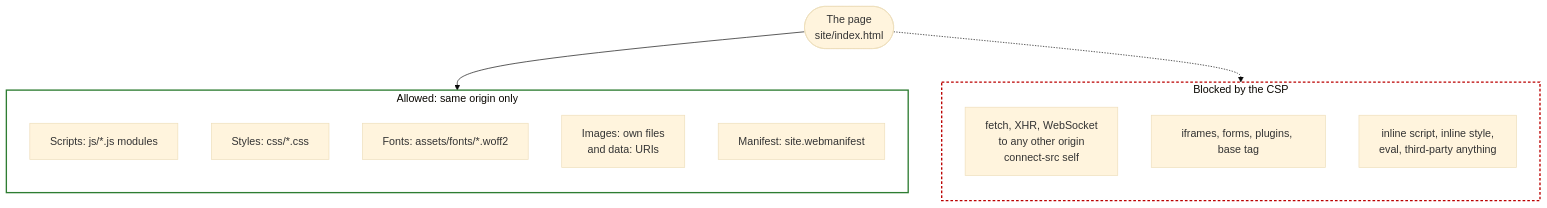
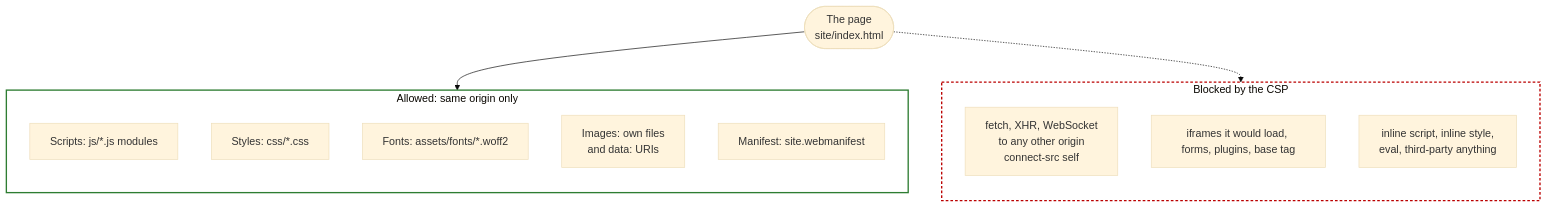
Before and after one commit to carterptull/ampline-website: the second of 2 diagrams in diagrams/deployment-security.md, drawn with Mermaid (base theme). The commit also changed other lines of this file and 7 other files, not shown here.

````diff
--- a/diagrams/deployment-security.md
+++ b/diagrams/deployment-security.md
@@ -47,26 +47,26 @@
 ```mermaid
 flowchart TB
     page(["The page<br/>site/index.html"])
 
     subgraph allowed["Allowed: same origin only"]
         direction TB
         scr["Scripts: js/*.js modules"]
         sty["Styles: css/*.css"]
         fnt["Fonts: assets/fonts/*.woff2"]
         img["Images: own files<br/>and data: URIs"]
         man["Manifest: site.webmanifest"]
     end
 
     subgraph blocked["Blocked by the CSP"]
         direction TB
         net["fetch, XHR, WebSocket<br/>to any other origin<br/>connect-src self"]
-        frm["iframes, forms, plugins, base tag"]
+        frm["iframes it would load, forms, plugins, base tag"]
         inl["inline script, inline style,<br/>eval, third-party anything"]
     end
 
     page --> allowed
     page -.-> blocked
 
     style allowed fill:transparent,stroke:#2E7D32,stroke-width:2px
     style blocked fill:transparent,stroke:#BB0000,stroke-width:2px,stroke-dasharray: 4 3
 ```
````
